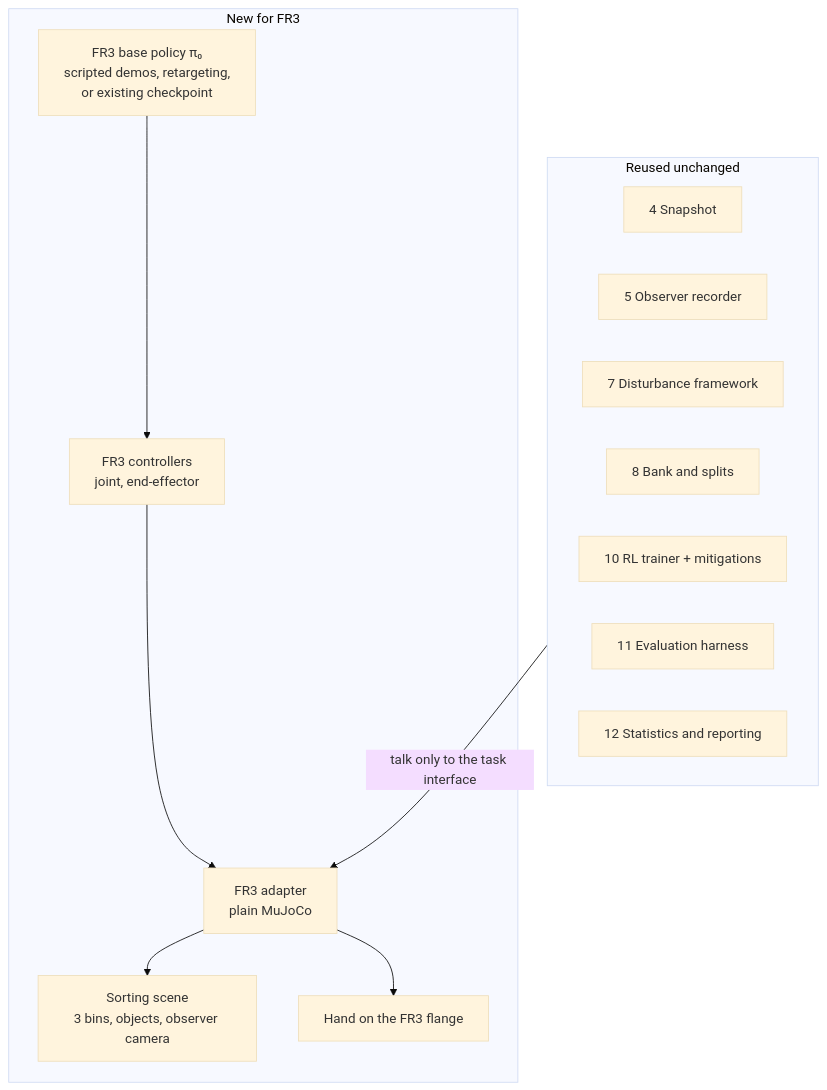
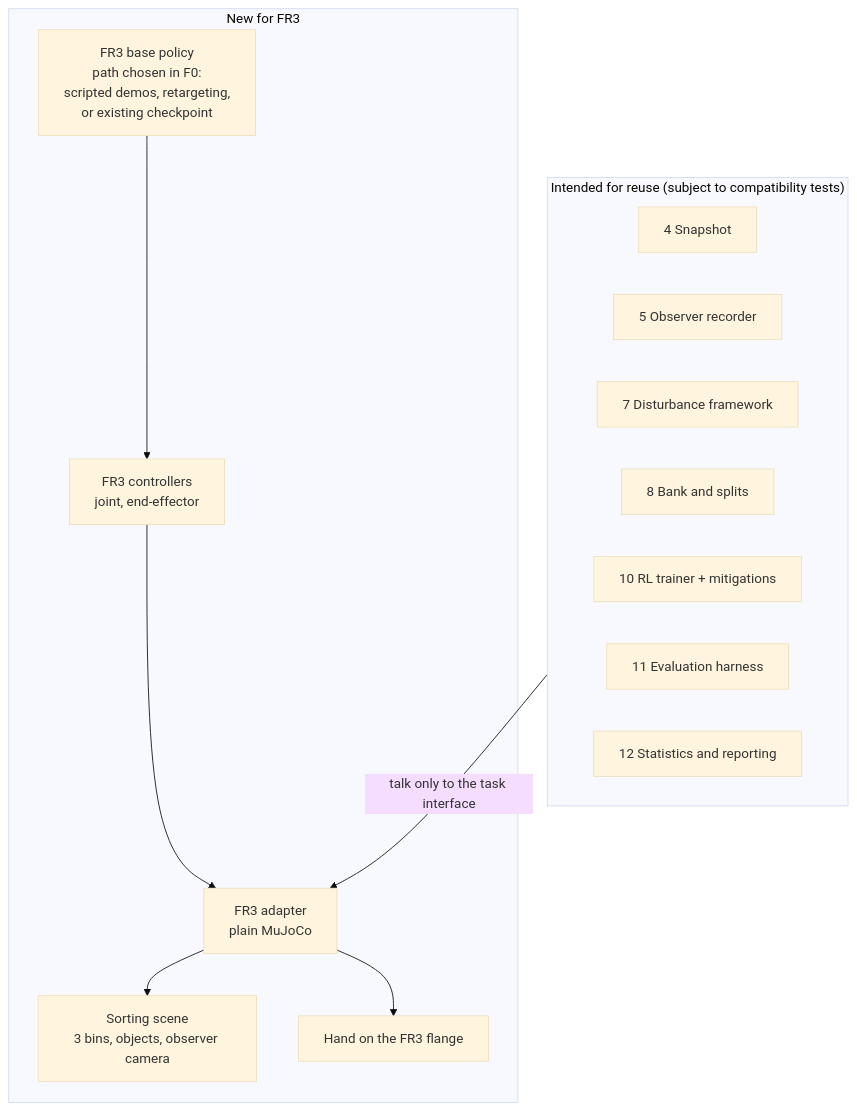
Before and after one commit to hongbinyang/afterslip: the seventh of 8 diagrams in docs/architecture.md, drawn with Mermaid (base theme). The commit also changed other lines of this file, not shown here.

First line of the commit message:
Revise architecture overview after review

````diff
--- a/docs/architecture.md
+++ b/docs/architecture.md
@@ -193,24 +206,24 @@
 ```mermaid
 flowchart TB
-    subgraph Reused["Reused unchanged"]
+    subgraph Reused["Intended for reuse (subject to compatibility tests)"]
         R1["4 Snapshot"]
         R2["5 Observer recorder"]
         R3["7 Disturbance framework"]
         R4["8 Bank and splits"]
         R5["10 RL trainer + mitigations"]
         R6["11 Evaluation harness"]
         R7["12 Statistics and reporting"]
     end
     subgraph New["New for FR3"]
         N1["FR3 adapter<br/>plain MuJoCo"]
         N2["Sorting scene<br/>3 bins, objects, observer camera"]
         N3["Hand on the FR3 flange"]
         N4["FR3 controllers<br/>joint, end-effector"]
-        N5["FR3 base policy π₀<br/>scripted demos, retargeting,<br/>or existing checkpoint"]
+        N5["FR3 base policy<br/>path chosen in F0:<br/>scripted demos, retargeting,<br/>or existing checkpoint"]
     end
     N1 --> N2
     N1 --> N3
     N4 --> N1
     N5 --> N4
     Reused -- "talk only to the task interface" --> N1
 ```
````
